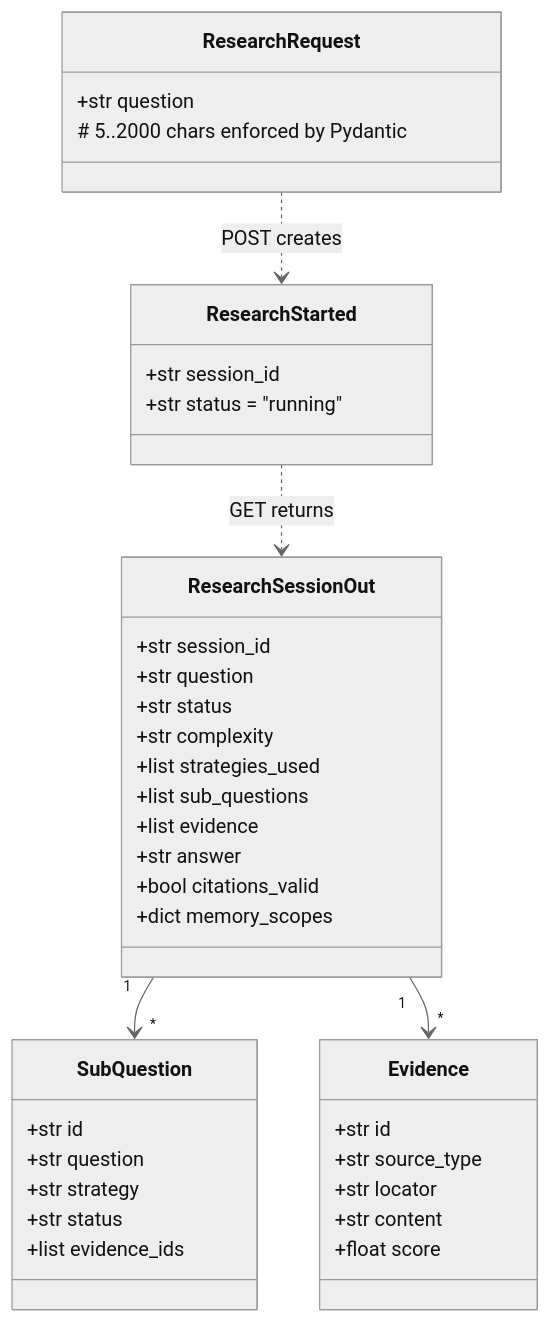
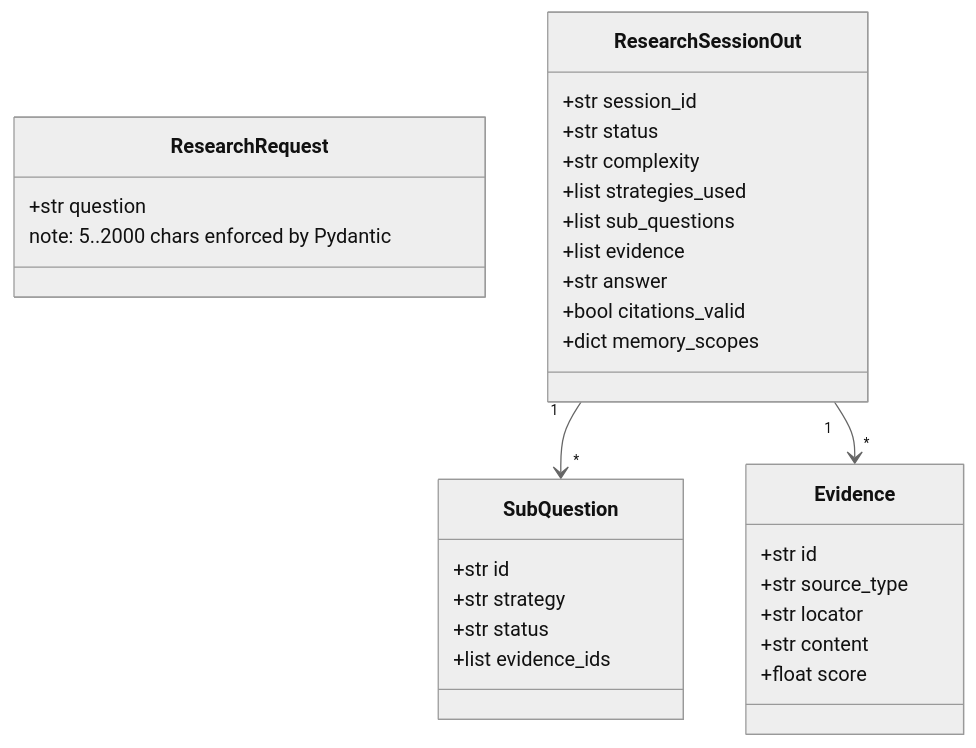
One commit to sarat-coder/NovaEnterprise changed the fourth of 5 diagrams in internal/design_evolution/Phase5_Project_System_Design_Evolution.md. Above: the diagram before and after it, drawn with Mermaid (neutral theme). The commit also changed other lines of this file and 4 other files, not shown here.

````diff
--- a/internal/design_evolution/Phase5_Project_System_Design_Evolution.md
+++ b/internal/design_evolution/Phase5_Project_System_Design_Evolution.md
@@ -107,46 +78,33 @@
 ```mermaid
 classDiagram
     class ResearchRequest {
         +str question
-        # 5..2000 chars enforced by Pydantic
+        note: 5..2000 chars enforced by Pydantic
     }
-
-    class ResearchStarted {
-        +str session_id
-        +str status = "running"
-    }
-
-    class SubQuestion {
-        +str id
-        +str question
-        +str strategy
-        +str status
-        +list evidence_ids
-    }
-
     class ResearchSessionOut {
         +str session_id
-        +str question
         +str status
         +str complexity
         +list strategies_used
         +list sub_questions
         +list evidence
         +str answer
         +bool citations_valid
         +dict memory_scopes
     }
-
+    class SubQuestion {
+        +str id
+        +str strategy
+        +str status
+        +list evidence_ids
+    }
     class Evidence {
         +str id
         +str source_type
         +str locator
         +str content
         +float score
     }
-
     ResearchSessionOut "1" --> "*" SubQuestion
     ResearchSessionOut "1" --> "*" Evidence
-    ResearchRequest ..> ResearchStarted : POST creates
-    ResearchStarted ..> ResearchSessionOut : GET returns
 ```
````
